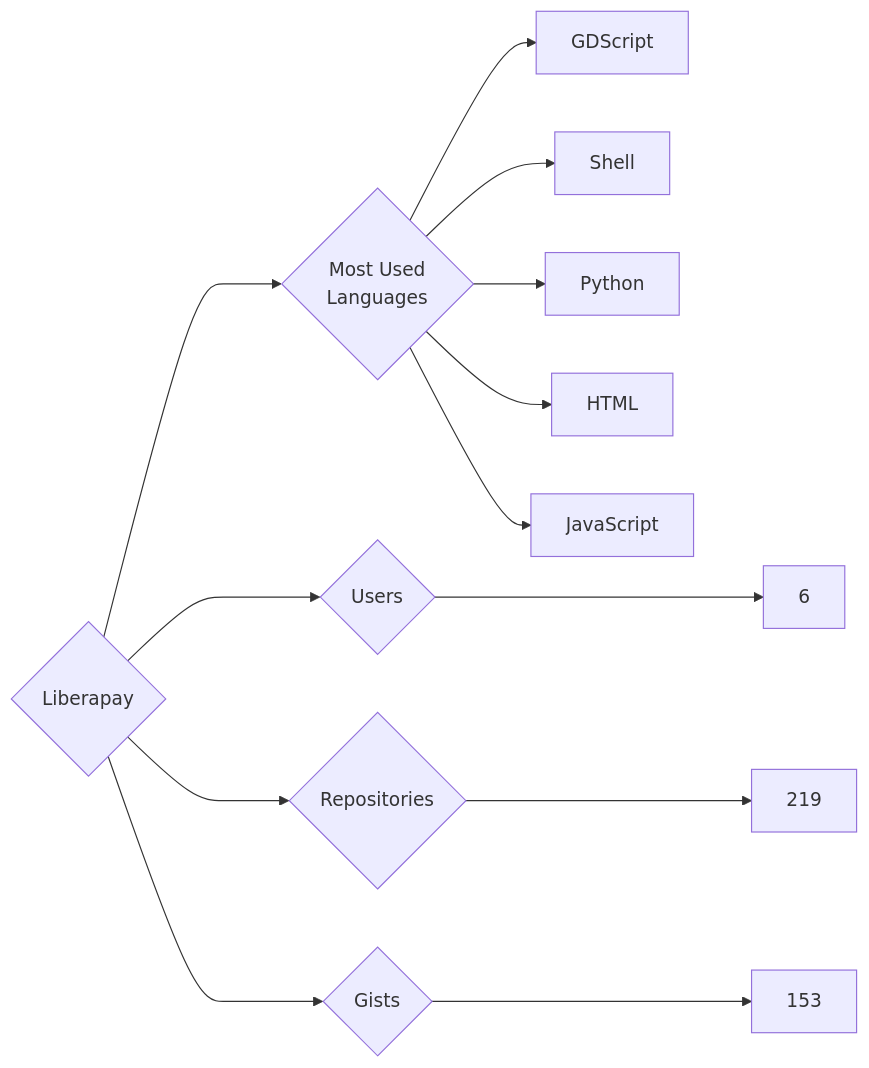
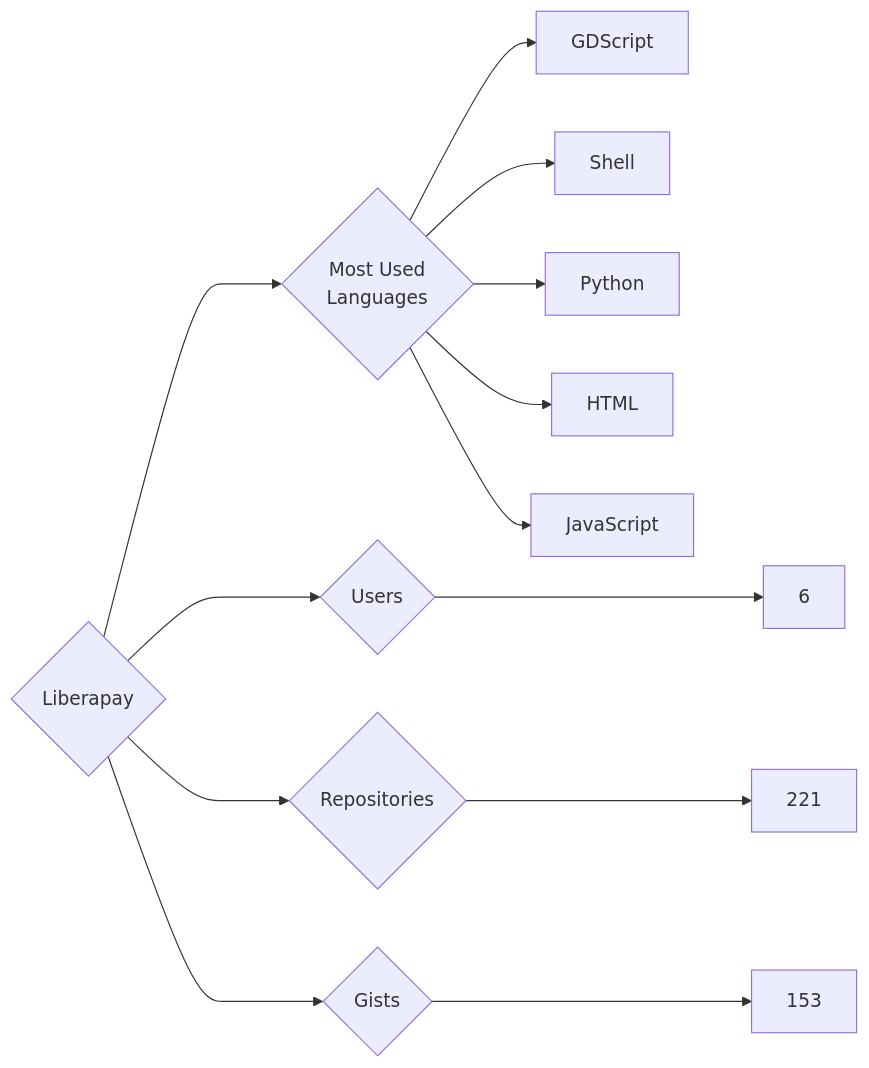
The diagram in targets/Liberapay/README.md (trickest/insiders), drawn with Mermaid before and after one commit. The commit also changed 837 other files, not shown here.

````diff
--- a/targets/Liberapay/README.md
+++ b/targets/Liberapay/README.md
@@ -3,13 +3,13 @@
 ```mermaid
 graph LR
 COMPANY_NAME{Liberapay}
 COMPANY_NAME ---> U{Users} ---> UN[6]
-COMPANY_NAME ---> R{Repositories} ---> RN[219]
+COMPANY_NAME ---> R{Repositories} ---> RN[221]
 COMPANY_NAME ---> G{Gists} ---> GN[153]
 COMPANY_NAME ---> ML{Most Used<br>Languages}
 ML --> GDScript[GDScript]
 ML --> Shell[Shell]
 ML --> Python[Python]
 ML --> HTML[HTML]
 ML --> JavaScript[JavaScript]
 ```
````
